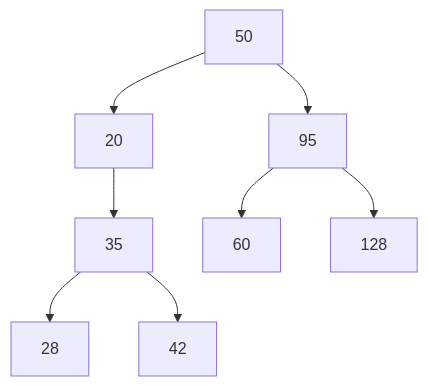
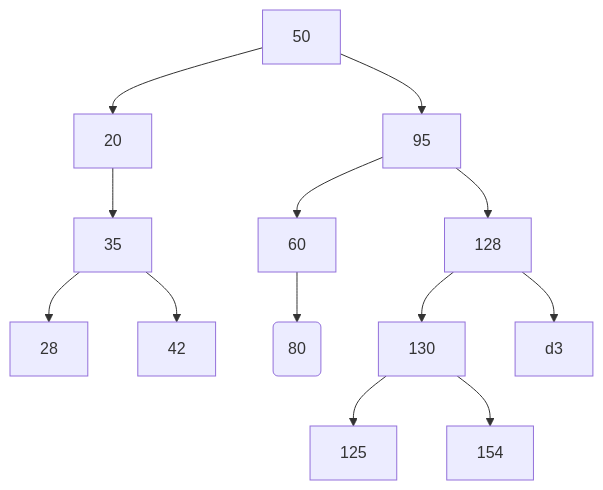
The diagram in GA/BUIA 4E.md (ay19t89/obsidian-sync), drawn with Mermaid before and after one commit.

Commit message:
Obsidian sync 2026-11-06T10:49:51.134Z

````diff
--- a/GA/BUIA 4E.md
+++ b/GA/BUIA 4E.md
@@ -204,10 +204,17 @@
 ```mermaid
 graph TD
     A[50] --> B[20]
+    
     A --> b[95]
     B --> C[35]
+    C --> D1[28]
+    C --> D2[42]
+    
     b --> c1[60]
     b --> c2[128]
-    C --> d1[28]
-    C --> d2[42]
+    c1 --> d1(80)
+    c2 --> d2[130]
+    c2 --> d3
+    d2 --> 125
+    d2 --> 154
 ```
````
